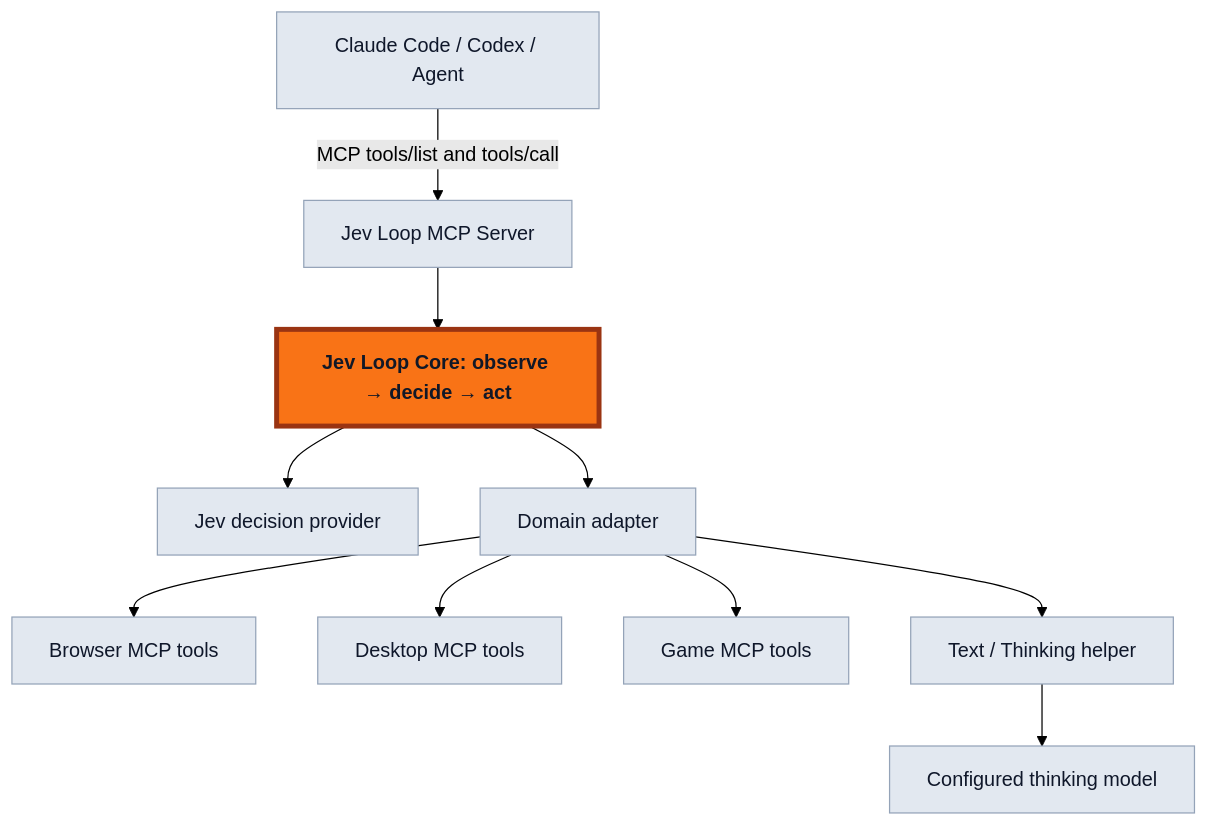
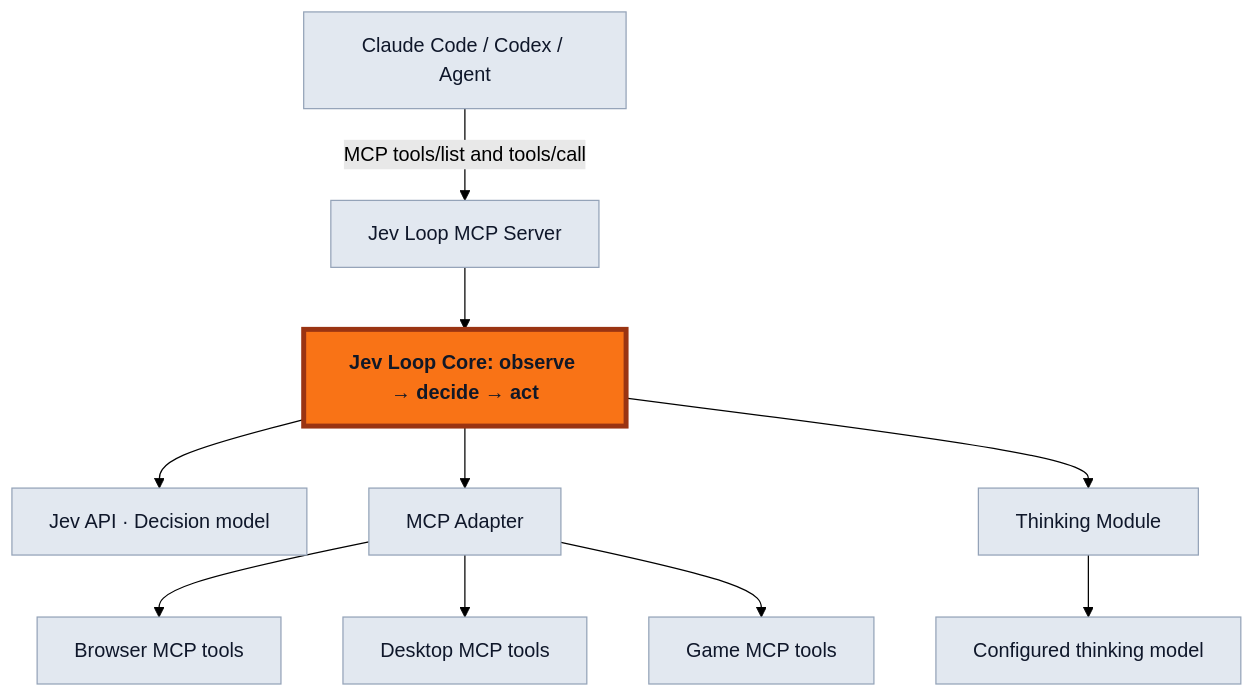
Before and after one commit to 0xMaxMa/jev-loop: the diagram in README.md, drawn with Mermaid (forest theme). The commit also changed other lines of this file and 3 other files, not shown here.

````diff
--- a/README.md
+++ b/README.md
@@ -7,16 +7,16 @@
 ```mermaid
 flowchart TD
     A[Claude Code / Codex / Agent] -->|MCP tools/list and tools/call| S[Jev Loop MCP Server]
     S --> C[Jev Loop Core: observe → decide → act]
-    C --> J[Jev decision provider]
-    C --> D[Domain adapter]
+    C --> J[Jev API · Decision model]
+    C --> D[MCP Adapter]
     D --> B[Browser MCP tools]
     D --> P[Desktop MCP tools]
     D --> G[Game MCP tools]
-    D --> T[Text / Thinking helper]
+    C --> T[Thinking Module]
     T --> M[Configured thinking model]
     classDef core fill:#f97316,stroke:#9a3412,stroke-width:4px,color:#111827,font-weight:bold;
     classDef supporting fill:#e2e8f0,stroke:#94a3b8,color:#0f172a;
     class C core;
     class A,S,J,D,B,P,G,T,M supporting;
 ```
````
